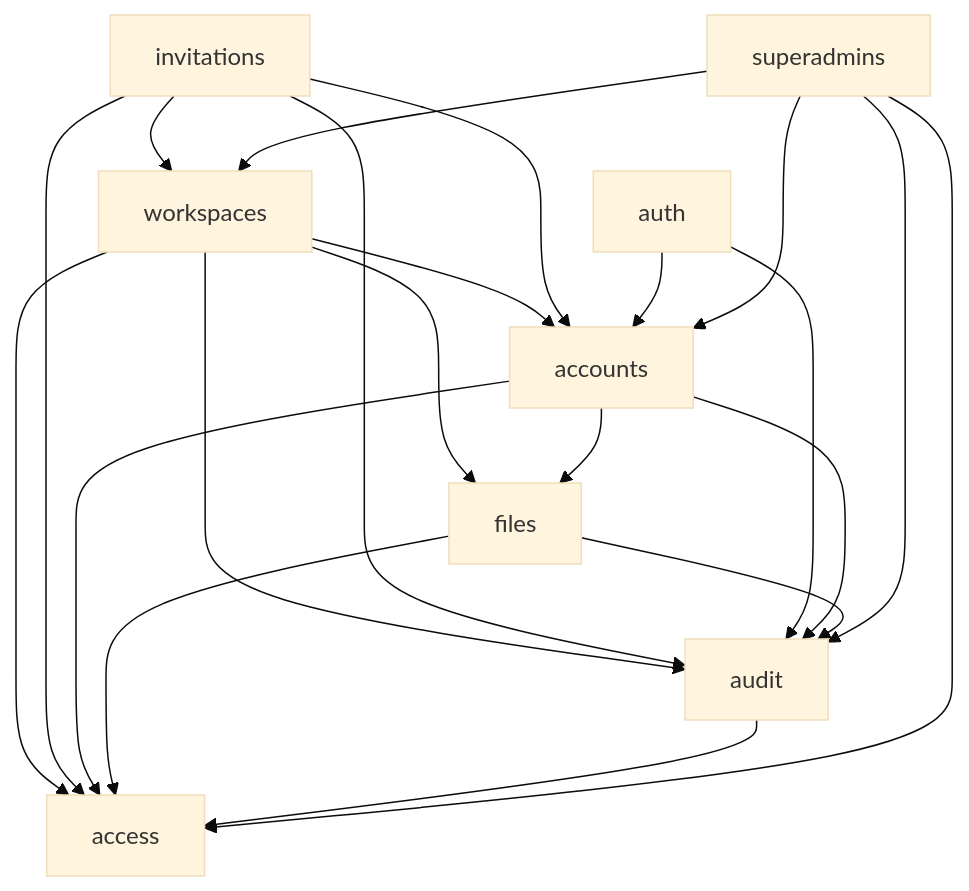
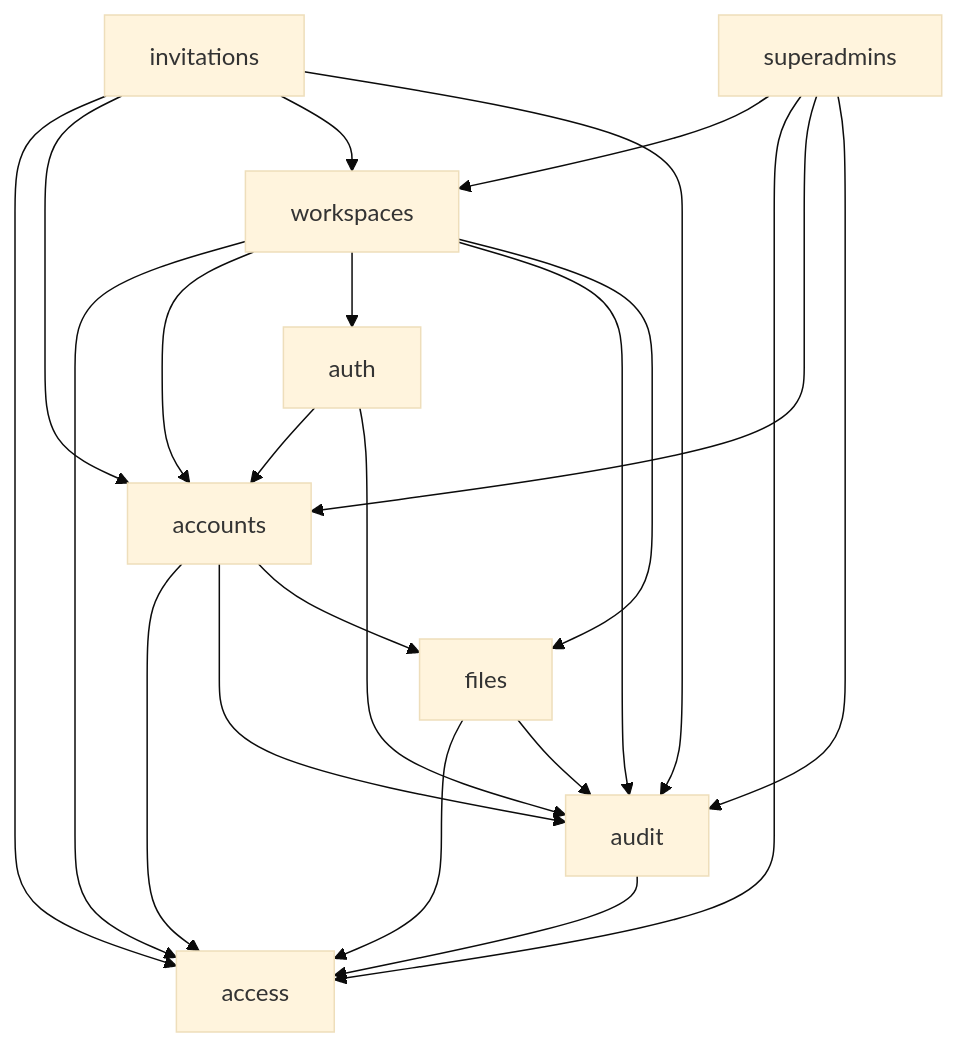
Before and after one commit to Grebyn35/AntWorker-API-Rust: the second of 3 diagrams in docs/architecture.md, drawn with Mermaid (base theme). The commit also changed 63 other files, not shown here.

````diff
--- a/docs/architecture.md
+++ b/docs/architecture.md
@@ -170,18 +170,18 @@
 ```mermaid
 flowchart TD
-  workspaces --> access & accounts & audit
+  workspaces --> access & accounts & auth & audit
   %% part: files
   workspaces --> files
   %% end part: files
   %% part: invitations
   invitations --> access & accounts & workspaces & audit
   %% end part: invitations
   auth --> accounts & audit
   accounts --> access & audit
   %% part: files
   accounts --> files
   files --> access & audit
   %% end part: files
   audit --> access
   superadmins --> workspaces & access & accounts & audit
 ```
````
